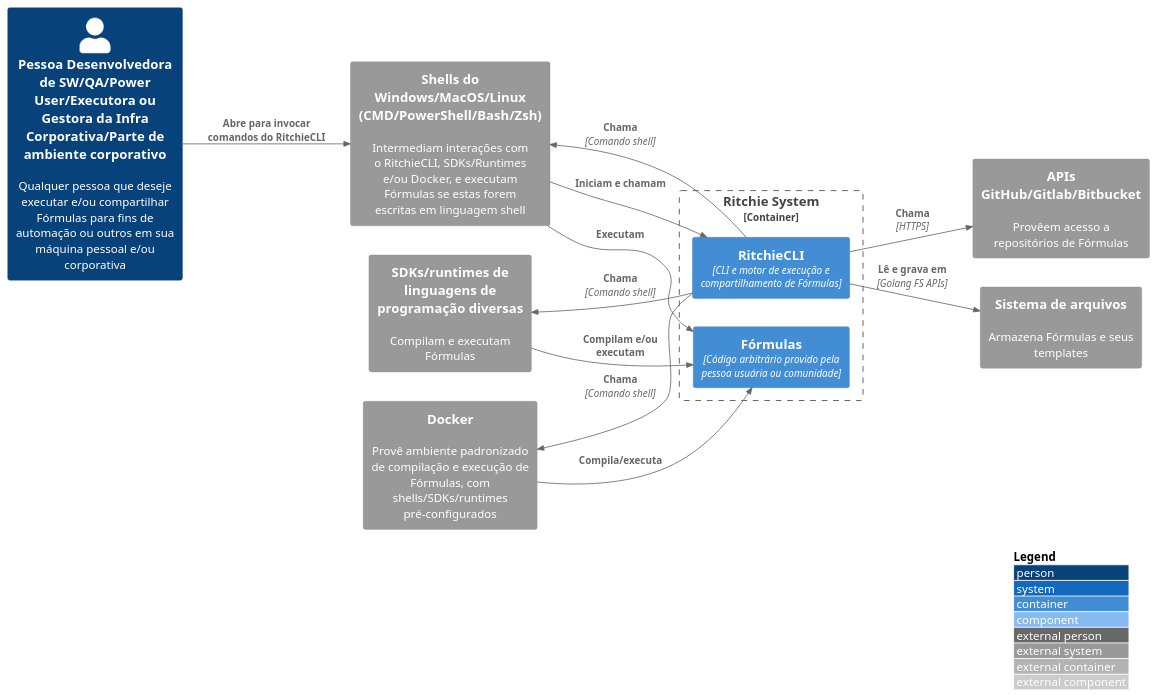
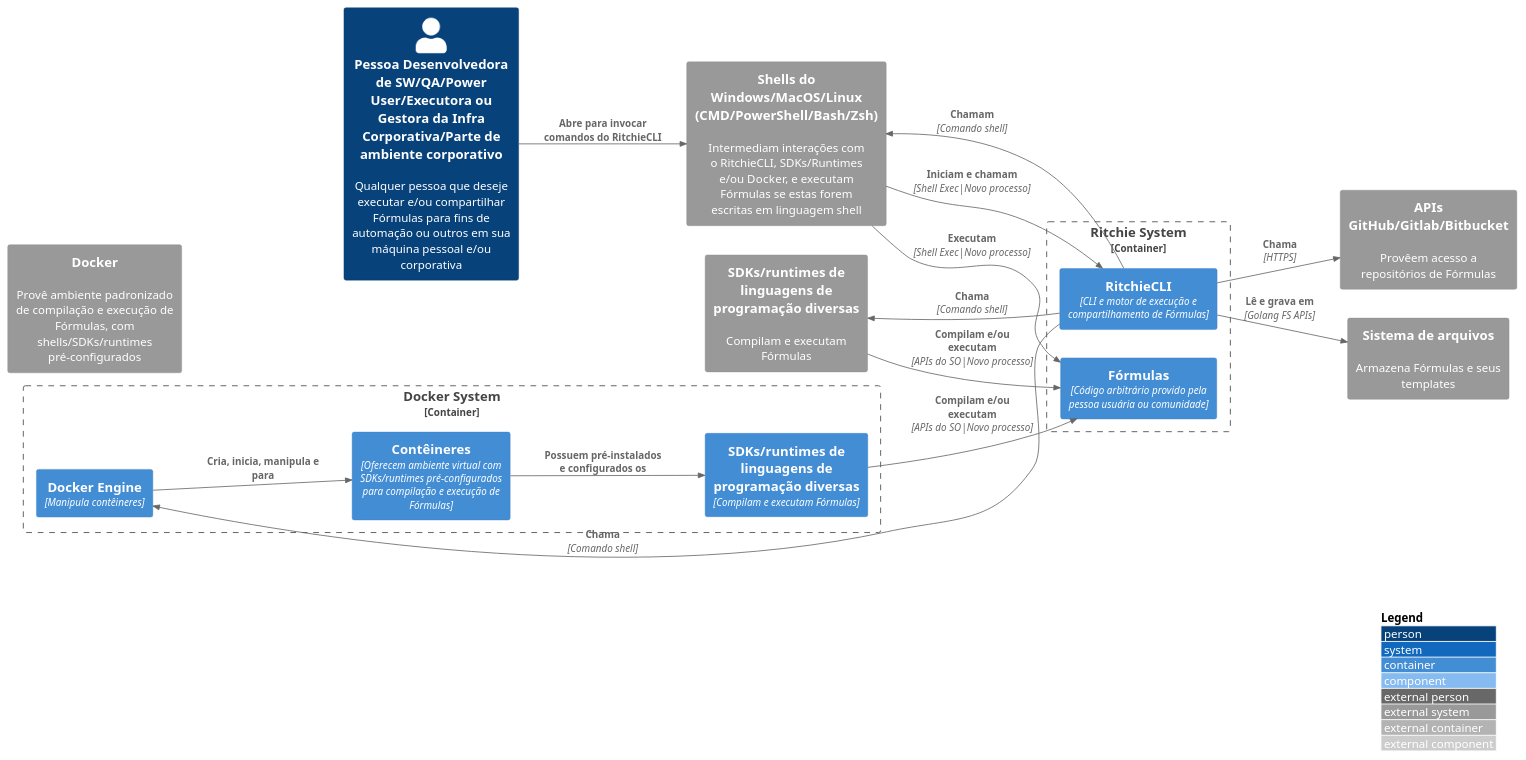
The diagram in pt-br/src/C2-Context/c2.puml (ZupIT/-ritchiecli-c4model), drawn with PlantUML before and after one commit.

Commit message:
Updates C2 Model to better reflect the Docker System

```diff
--- a/pt-br/src/C2-Context/c2.puml
+++ b/pt-br/src/C2-Context/c2.puml
@@ -1,31 +1,40 @@
 @startuml c2
 !include https://raw.githubusercontent.com/adrianvlupu/C4-PlantUML/latest/C4_Component.puml
 
 LAYOUT_WITH_LEGEND()
 LAYOUT_LEFT_RIGHT()
 
 Person(user, "Pessoa Desenvolvedora de SW/QA/Power User/Executora ou Gestora da Infra Corporativa/Parte de ambiente corporativo", "Qualquer pessoa que deseje executar e/ou compartilhar Fórmulas para fins de automação ou outros em sua máquina pessoal e/ou corporativa")
 
 System_Ext(shells, "Shells do Windows/MacOS/Linux (CMD/PowerShell/Bash/Zsh)", "Intermediam interações com o RitchieCLI, SDKs/Runtimes e/ou Docker, e executam Fórmulas se estas forem escritas em linguagem shell")
 System_Ext(sdks, "SDKs/runtimes de linguagens de programação diversas", "Compilam e executam Fórmulas")
 System_Ext(docker, "Docker", "Provê ambiente padronizado de compilação e execução de Fórmulas, com shells/SDKs/runtimes pré-configurados")
 System_Ext(remote_repos, "APIs GitHub/Gitlab/Bitbucket", "Provêem acesso a repositórios de Fórmulas")
 System_Ext(filesystem, "Sistema de arquivos", "Armazena Fórmulas e seus templates")
 
 Container_Boundary(ritchie_system, "Ritchie System") {
     Container(ritchie_cli, "RitchieCLI", "CLI e motor de execução e compartilhamento de Fórmulas")
     Container(ritchie_formulas, "Fórmulas", "Código arbitrário provido pela pessoa usuária ou comunidade")
 }
 
+Container_Boundary(docker_system, "Docker System") {
+    Container(docker_engine, "Docker Engine", "Manipula contêineres")
+    Container(docker_containers, "Contêineres", "Oferecem ambiente virtual com SDKs/runtimes pré-configurados para compilação e execução de Fórmulas")
+    Container(docker_sdks, "SDKs/runtimes de linguagens de programação diversas", "Compilam e executam Fórmulas")
+
+    Rel(docker_engine, docker_containers, "Cria, inicia, manipula e para")
+    Rel(docker_containers, docker_sdks, "Possuem pré-instalados e configurados os")
+    Rel(docker_sdks, ritchie_formulas, "Compilam e/ou executam", "APIs do SO|Novo processo")
+}
+
 Rel(user, shells, "Abre para invocar comandos do RitchieCLI")
-Rel(shells, ritchie_cli, "Iniciam e chamam")
-Rel(ritchie_cli, shells, "Chama", "Comando shell")
+Rel(shells, ritchie_cli, "Iniciam e chamam", "Shell Exec|Novo processo")
+Rel(ritchie_cli, shells, "Chamam", "Comando shell")
 Rel(ritchie_cli, sdks, "Chama", "Comando shell")
-Rel(sdks, ritchie_formulas, "Compilam e/ou executam")
-Rel(shells, ritchie_formulas, "Executam")
-Rel(docker, ritchie_formulas, "Compila/executa")
-Rel(ritchie_cli, docker, "Chama", "Comando shell")
+Rel(sdks, ritchie_formulas, "Compilam e/ou executam", "APIs do SO|Novo processo")
+Rel(shells, ritchie_formulas, "Executam", "Shell Exec|Novo processo")
+Rel(ritchie_cli, docker_engine, "Chama", "Comando shell")
 Rel(ritchie_cli, remote_repos, "Chama", "HTTPS")
 Rel(ritchie_cli, filesystem, "Lê e grava em", "Golang FS APIs")
 
 @enduml
```
